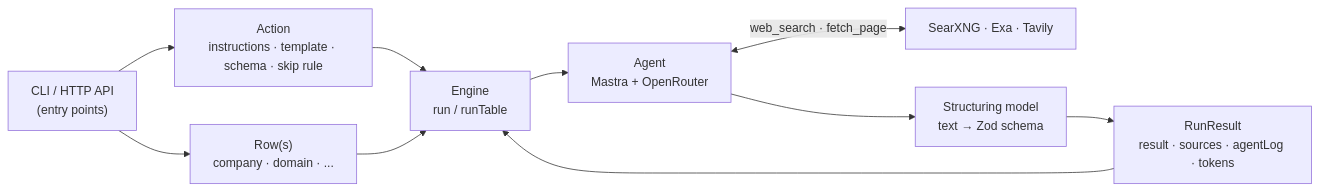
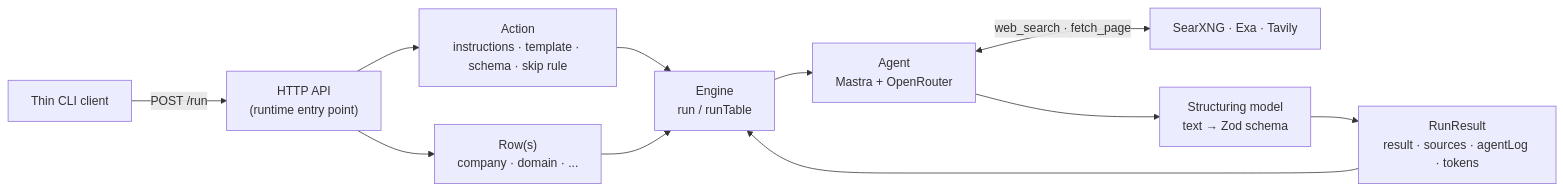
Before and after one commit to simonbalfe/openclaygent: the first of 3 diagrams in docs/architecture.md, drawn with Mermaid. The commit also changed other lines of this file and 7 other files, not shown here.

````diff
--- a/docs/architecture.md
+++ b/docs/architecture.md
@@ -11,12 +11,13 @@
 ```mermaid
 flowchart LR
-  CLI["CLI / HTTP API<br/>(entry points)"] --> ACT["Action<br/>instructions · template · schema · skip rule"]
-  CLI --> ROWS["Row(s)<br/>company · domain · ..."]
+  CLI["Thin CLI client"] -->|"POST /run"| API["HTTP API<br/>(runtime entry point)"]
+  API --> ACT["Action<br/>instructions · template · schema · skip rule"]
+  API --> ROWS["Row(s)<br/>company · domain · ..."]
   ACT --> ENG
   ROWS --> ENG
   ENG["Engine<br/>run / runTable"] --> AG["Agent<br/>Mastra + OpenRouter"]
   AG <-->|"web_search · fetch_page"| EXA["SearXNG · Exa · Tavily"]
   AG --> STR["Structuring model<br/>text → Zod schema"]
   STR --> RR["RunResult<br/>result · sources · agentLog · tokens"]
   RR --> ENG
 ```
````
